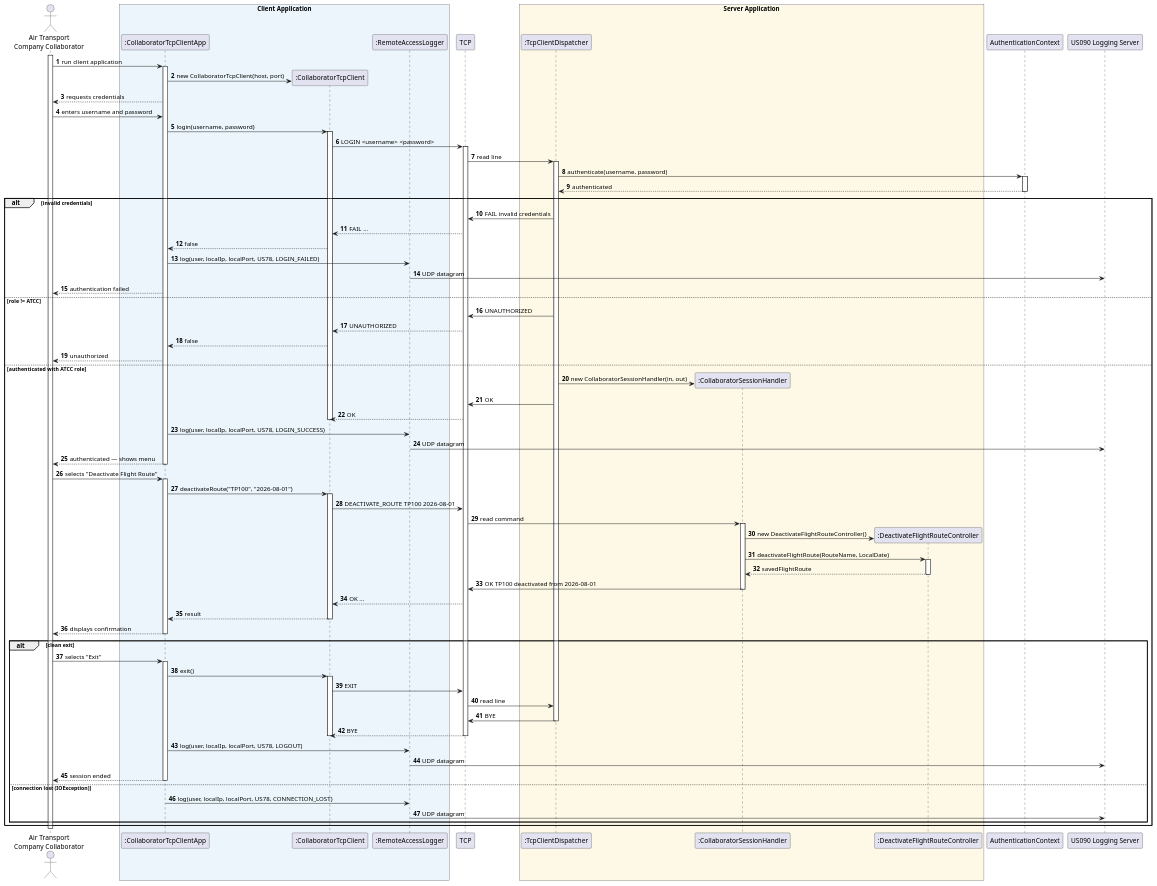
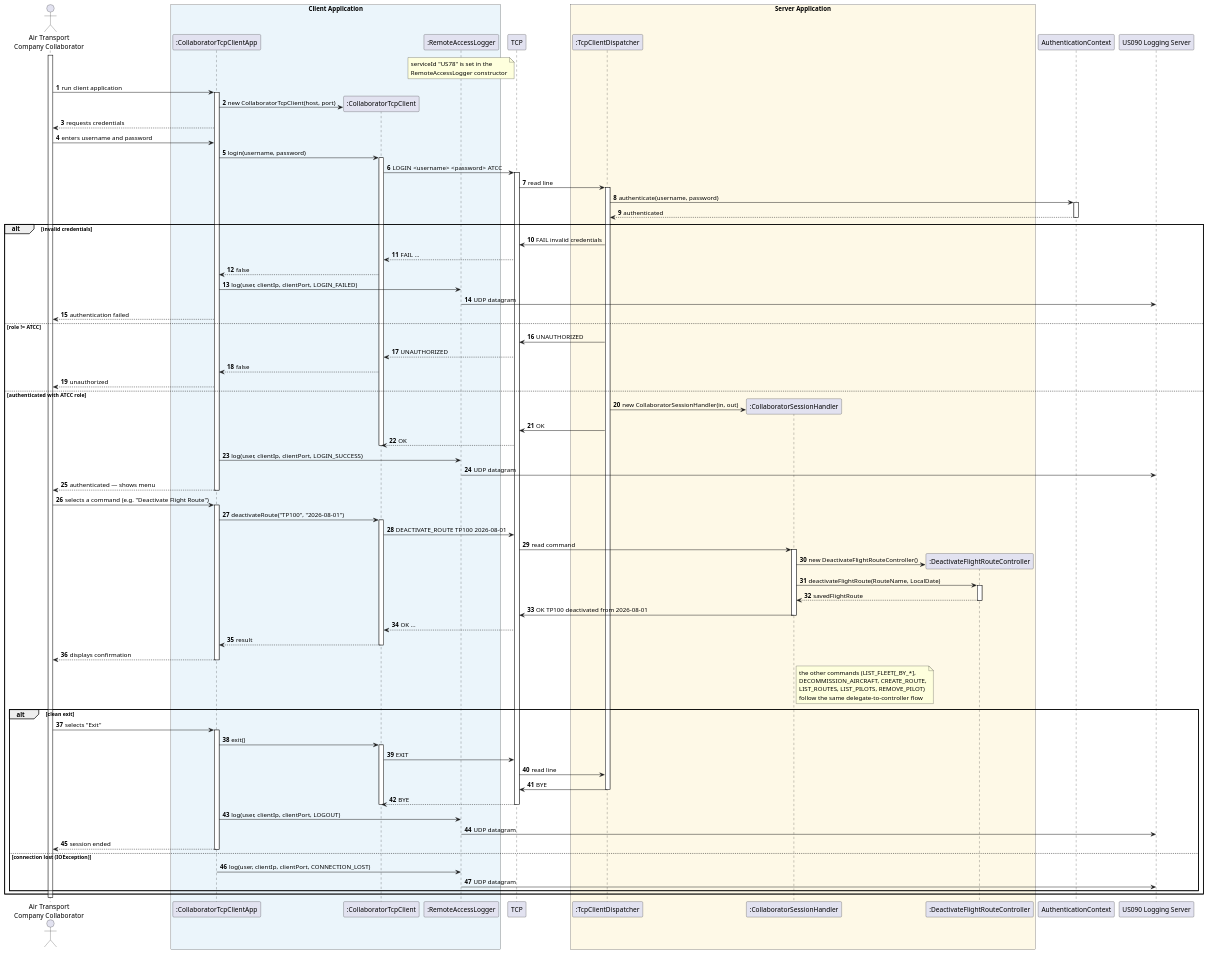
The diagram in aisafe.base/docs/user-stories/us078/puml/US078-SD.puml (brunodspinto/aisafe), drawn with PlantUML before and after one commit. The commit also changed 7 other files, not shown here.

Commit message:
#73 feat: enhance command handling and logging in CollaboratorSessionHandler

```diff
--- a/aisafe.base/docs/user-stories/us078/puml/US078-SD.puml
+++ b/aisafe.base/docs/user-stories/us078/puml/US078-SD.puml
@@ -1,107 +1,110 @@
 @startuml sd078
 skinparam packageStyle rectangle
 skinparam shadowing false
 autonumber
 
 actor "Air Transport\nCompany Collaborator" as ATCC
 
 box "Client Application" #EBF5FB
     participant ":CollaboratorTcpClientApp" as APP
     participant ":CollaboratorTcpClient" as CLIENT
     participant ":RemoteAccessLogger" as LOG
 end box
 
 participant "TCP" as TCP
 
 box "Server Application" #FEF9E7
     participant ":TcpClientDispatcher" as DISP
     participant ":CollaboratorSessionHandler" as HANDLER
     participant ":DeactivateFlightRouteController" as CTRL
 end box
 
 participant "AuthenticationContext" as AUTH
 participant "US090 Logging Server" as UDP
 
+note over LOG : serviceId "US78" is set in the\nRemoteAccessLogger constructor
+
 activate ATCC
 ATCC -> APP : run client application
 activate APP
 APP -> CLIENT** : new CollaboratorTcpClient(host, port)
 APP --> ATCC : requests credentials
 ATCC -> APP : enters username and password
 APP -> CLIENT : login(username, password)
 activate CLIENT
-CLIENT -> TCP : LOGIN <username> <password>
+CLIENT -> TCP : LOGIN <username> <password> ATCC
 activate TCP
 TCP -> DISP : read line
 activate DISP
 DISP -> AUTH : authenticate(username, password)
 activate AUTH
 AUTH --> DISP : authenticated
 deactivate AUTH
 
 alt invalid credentials
     DISP -> TCP : FAIL invalid credentials
     TCP --> CLIENT : FAIL ...
     CLIENT --> APP : false
-    APP -> LOG : log(user, localIp, localPort, US78, LOGIN_FAILED)
+    APP -> LOG : log(user, clientIp, clientPort, LOGIN_FAILED)
     LOG -> UDP : UDP datagram
     APP --> ATCC : authentication failed
 else role != ATCC
     DISP -> TCP : UNAUTHORIZED
     TCP --> CLIENT : UNAUTHORIZED
     CLIENT --> APP : false
     APP --> ATCC : unauthorized
 else authenticated with ATCC role
     DISP -> HANDLER** : new CollaboratorSessionHandler(in, out)
     DISP -> TCP : OK
     TCP --> CLIENT : OK
     deactivate CLIENT
-    APP -> LOG : log(user, localIp, localPort, US78, LOGIN_SUCCESS)
+    APP -> LOG : log(user, clientIp, clientPort, LOGIN_SUCCESS)
     LOG -> UDP : UDP datagram
     APP --> ATCC : authenticated — shows menu
     deactivate APP
 
-    ATCC -> APP : selects "Deactivate Flight Route"
+    ATCC -> APP : selects a command (e.g. "Deactivate Flight Route")
     activate APP
     APP -> CLIENT : deactivateRoute("TP100", "2026-08-01")
     activate CLIENT
     CLIENT -> TCP : DEACTIVATE_ROUTE TP100 2026-08-01
     TCP -> HANDLER : read command
     activate HANDLER
     HANDLER -> CTRL** : new DeactivateFlightRouteController()
     HANDLER -> CTRL : deactivateFlightRoute(RouteName, LocalDate)
     activate CTRL
     CTRL --> HANDLER : savedFlightRoute
     deactivate CTRL
     HANDLER -> TCP : OK TP100 deactivated from 2026-08-01
     deactivate HANDLER
     TCP --> CLIENT : OK ...
     CLIENT --> APP : result
     deactivate CLIENT
     APP --> ATCC : displays confirmation
     deactivate APP
+    note right of HANDLER : the other commands (LIST_FLEET[_BY_*],\nDECOMMISSION_AIRCRAFT, CREATE_ROUTE,\nLIST_ROUTES, LIST_PILOTS, REMOVE_PILOT)\nfollow the same delegate-to-controller flow
 
     alt clean exit
         ATCC -> APP : selects "Exit"
         activate APP
         APP -> CLIENT : exit()
         activate CLIENT
         CLIENT -> TCP : EXIT
         TCP -> DISP : read line
         DISP -> TCP : BYE
         deactivate DISP
         TCP --> CLIENT : BYE
         deactivate TCP
         deactivate CLIENT
-        APP -> LOG : log(user, localIp, localPort, US78, LOGOUT)
+        APP -> LOG : log(user, clientIp, clientPort, LOGOUT)
         LOG -> UDP : UDP datagram
         APP --> ATCC : session ended
         deactivate APP
     else connection lost (IOException)
-        APP -> LOG : log(user, localIp, localPort, US78, CONNECTION_LOST)
+        APP -> LOG : log(user, clientIp, clientPort, CONNECTION_LOST)
         LOG -> UDP : UDP datagram
     end
 end
 deactivate ATCC
 
 @enduml
```
